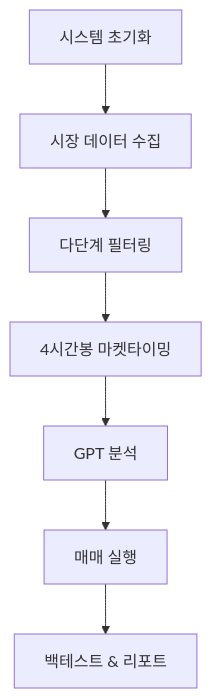
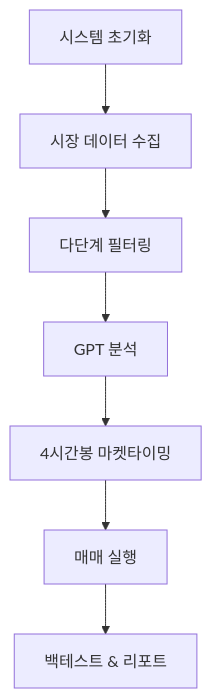
The diagram in README.MD (jsj9346/makenaide), drawn with Mermaid before and after one commit.

````diff
--- a/README.MD
+++ b/README.MD
@@ -105,9 +105,9 @@
 ```mermaid
 graph TD
     A[시스템 초기화] --> B[시장 데이터 수집]
     B --> C[다단계 필터링]
-    C --> D[4시간봉 마켓타이밍]
-    D --> E[GPT 분석]
+    C --> D[GPT 분석]
+    D --> E[4시간봉 마켓타이밍]
     E --> F[매매 실행]
     F --> G[백테스트 & 리포트]
 ```
````
